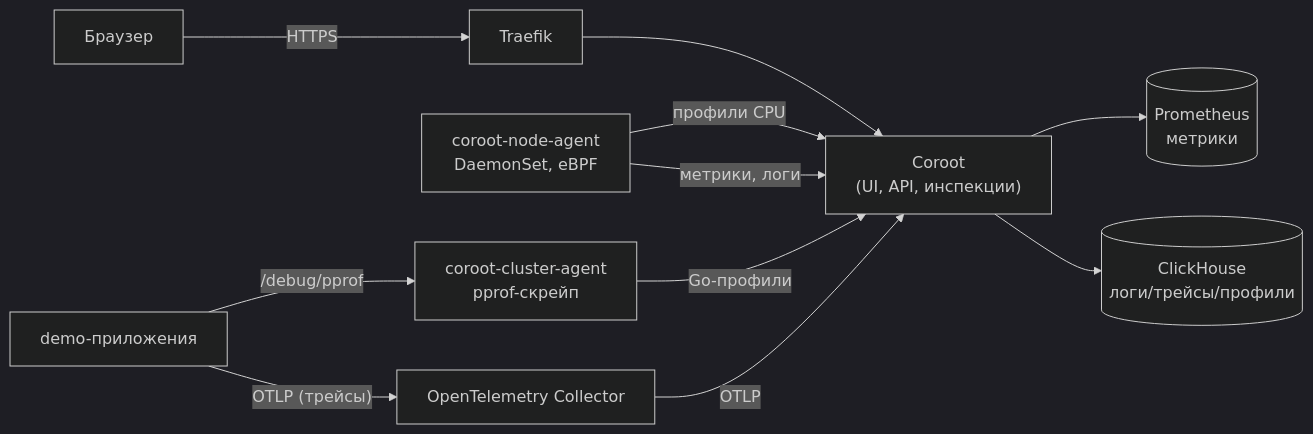
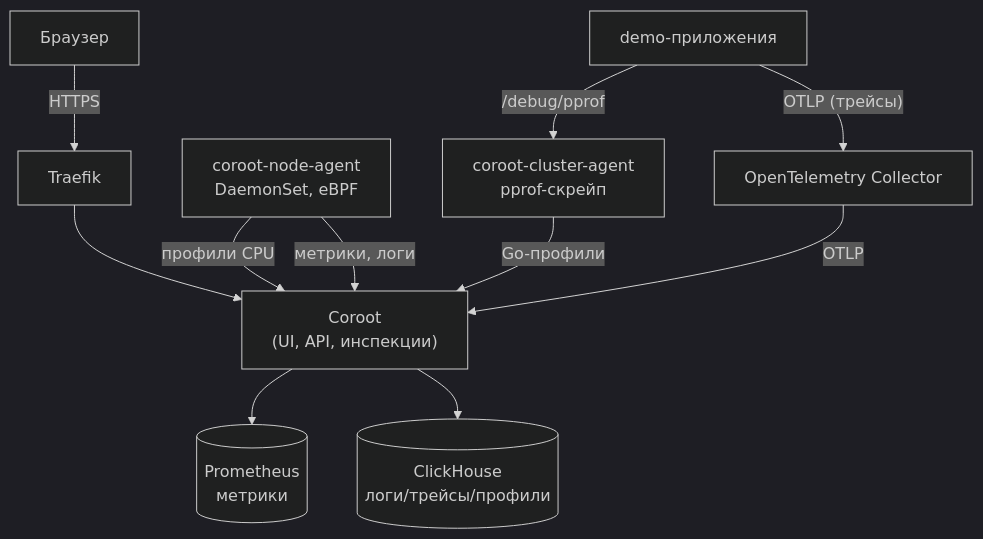
Before and after one commit to patsevanton/coroot-kubernetes-observability: the diagram in README.md, drawn with Mermaid (dark theme). The commit also changed other lines of this file, not shown here.

Commit message:
docs: унификация привязки к managed-кластерам и ориентация mermaid-диаграммы

````diff
--- a/README.md
+++ b/README.md
@@ -68,16 +68,16 @@
 ```mermaid
-flowchart LR
+flowchart TB
     Browser["Браузер"] -->|HTTPS| Ingress["Traefik"]
     Ingress --> Coroot["Coroot<br/>(UI, API, инспекции)"]
 
     Coroot --> PG[(Prometheus<br/>метрики)]
     Coroot --> CH[(ClickHouse<br/>логи/трейсы/профили)]
 
     NodeAgent["coroot-node-agent<br/>DaemonSet, eBPF"] -->|профили CPU| Coroot
     NodeAgent -->|метрики, логи| Coroot
     ClusterAgent["coroot-cluster-agent<br/>pprof-скрейп"] -->|Go-профили| Coroot
 
     App["demo-приложения"] -->|/debug/pprof| ClusterAgent
     App -->|"OTLP (трейсы)"| OTel["OpenTelemetry Collector"]
     OTel -->|OTLP| Coroot
 ```
````
